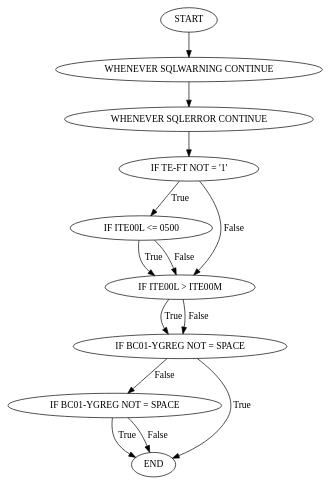
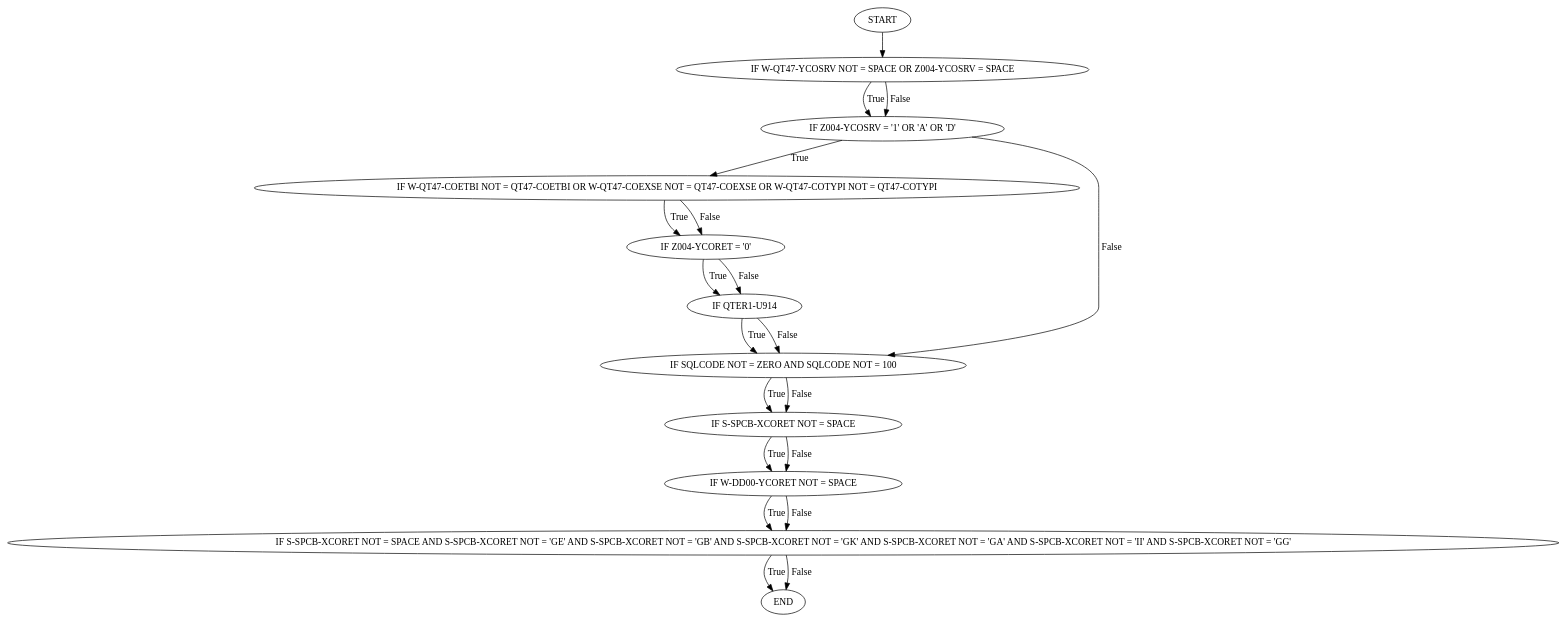
Before and after one commit to CelineDknp/SemiParsingCFG: the diagram in doctest-output/control-flow.gv, drawn with Graphviz. The commit also changed 3 other files, not shown here.

```diff
--- a/doctest-output/control-flow.gv
+++ b/doctest-output/control-flow.gv
@@ -1,24 +1,32 @@
 digraph "control-flow" {
-	14 [label=START]
-	0 [label="WHENEVER SQLWARNING CONTINUE"]
-	1 [label="WHENEVER SQLERROR CONTINUE"]
-	2 [label="IF TE-FT NOT = '1' "]
-	3 [label="IF ITE00L <= 0500 "]
-	6 [label="IF ITE00L > ITE00M "]
-	8 [label="IF BC01-YGREG NOT = SPACE "]
-	10 [label="IF BC01-YGREG NOT = SPACE "]
-	22 [label=END]
-	14 -> 0
-	0 -> 1
-	1 -> 2
+	19 [label=START]
+	0 [label="IF W-QT47-YCOSRV NOT = SPACE OR Z004-YCOSRV = SPACE "]
+	2 [label="IF Z004-YCOSRV = '1' OR 'A' OR 'D' "]
+	3 [label="IF W-QT47-COETBI NOT = QT47-COETBI OR W-QT47-COEXSE NOT = QT47-COEXSE OR W-QT47-COTYPI NOT = QT47-COTYPI "]
+	11 [label="IF SQLCODE NOT = ZERO AND SQLCODE NOT = 100 "]
+	5 [label="IF Z004-YCORET = '0' "]
+	13 [label="IF S-SPCB-XCORET NOT = SPACE "]
+	8 [label="IF QTER1-U914"]
+	15 [label="IF W-DD00-YCORET NOT = SPACE "]
+	17 [label="IF S-SPCB-XCORET NOT = SPACE AND S-SPCB-XCORET NOT = 'GE' AND S-SPCB-XCORET NOT = 'GB' AND S-SPCB-XCORET NOT = 'GK' AND S-SPCB-XCORET NOT = 'GA' AND S-SPCB-XCORET NOT = 'II' AND S-SPCB-XCORET NOT = 'GG' "]
+	30 [label=END]
+	19 -> 0
+	0 -> 2 [label=True]
+	0 -> 2 [label=False]
 	2 -> 3 [label=True]
-	2 -> 6 [label=False]
-	3 -> 6 [label=True]
-	3 -> 6 [label=False]
-	6 -> 8 [label=True]
-	6 -> 8 [label=False]
-	8 -> 22 [label=True]
-	8 -> 10 [label=False]
-	10 -> 22 [label=True]
-	10 -> 22 [label=False]
+	2 -> 11 [label=False]
+	3 -> 5 [label=True]
+	3 -> 5 [label=False]
+	11 -> 13 [label=True]
+	11 -> 13 [label=False]
+	5 -> 8 [label=True]
+	5 -> 8 [label=False]
+	13 -> 15 [label=True]
+	13 -> 15 [label=False]
+	8 -> 11 [label=True]
+	8 -> 11 [label=False]
+	15 -> 17 [label=True]
+	15 -> 17 [label=False]
+	17 -> 30 [label=True]
+	17 -> 30 [label=False]
 }
```
